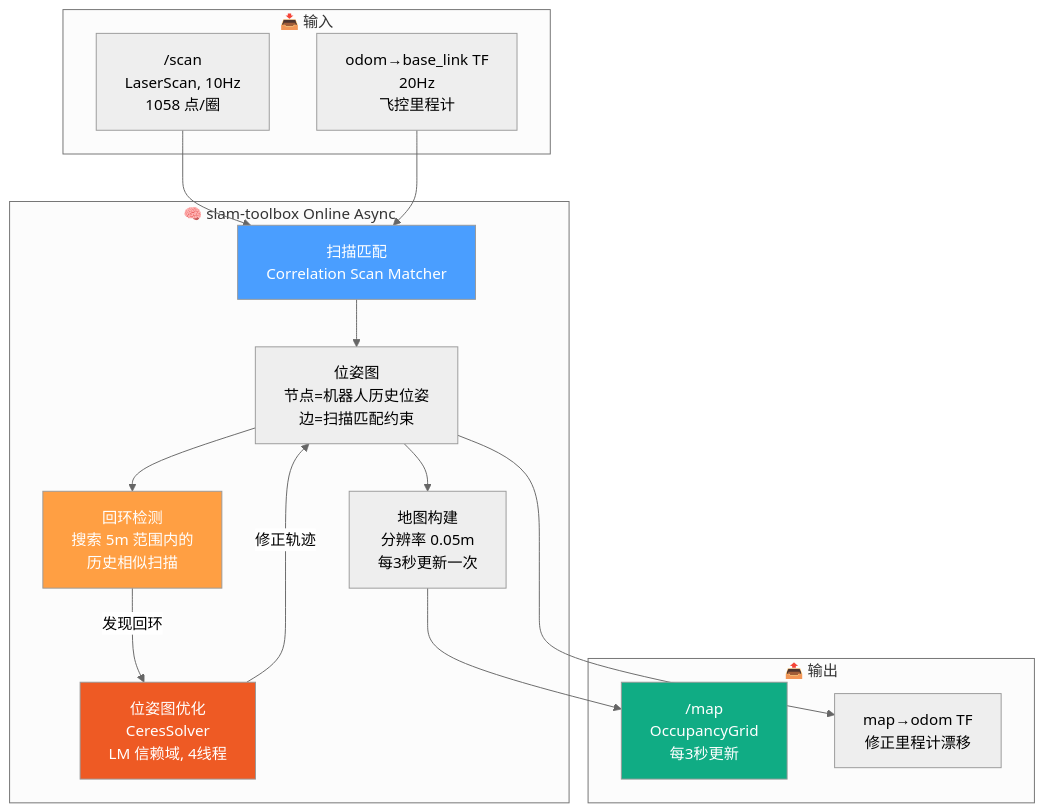
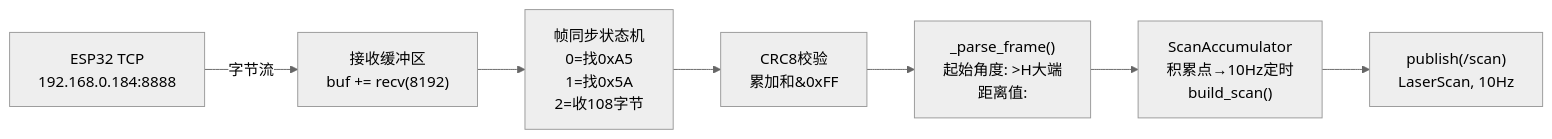
Before and after one commit to yangou-ylz/n10p_laser_ros2: diagram 16 of 25 in learn.md, drawn with Mermaid (neutral theme). The commit also changed other lines of this file and 32 other files, not shown here.

````diff
--- a/learn.md
+++ b/learn.md
@@ -2973,35 +1059,9 @@
 ```mermaid
-flowchart TB
-    subgraph INPUT["📥 输入"]
-        SCAN["/scan<br/>LaserScan, 10Hz<br/>1058 点/圈"]
-        ODOM_TF["odom→base_link TF<br/>20Hz<br/>飞控里程计"]
-    end
-
-    subgraph SLAM_CORE["🧠 slam-toolbox Online Async"]
-        MATCHER["扫描匹配<br/>Correlation Scan Matcher"]
-        POSE_GRAPH["位姿图<br/>节点=机器人历史位姿<br/>边=扫描匹配约束"]
-        LOOP["回环检测<br/>搜索 5m 范围内的<br/>历史相似扫描"]
-        OPTIM["位姿图优化<br/>CeresSolver<br/>LM 信赖域, 4线程"]
-        MAP_BUILDER["地图构建<br/>分辨率 0.05m<br/>每3秒更新一次"]
-    end
-
-    subgraph OUTPUT["📤 输出"]
-        MAP_TOPIC["/map<br/>OccupancyGrid<br/>每3秒更新"]
-        MAP_ODOM_TF["map→odom TF<br/>修正里程计漂移"]
-    end
-
-    SCAN --> MATCHER
-    ODOM_TF --> MATCHER
-    MATCHER --> POSE_GRAPH
-    POSE_GRAPH --> LOOP
-    LOOP -->|"发现回环"| OPTIM
-    OPTIM -->|"修正轨迹"| POSE_GRAPH
-    POSE_GRAPH --> MAP_BUILDER
-    MAP_BUILDER --> MAP_TOPIC
-    POSE_GRAPH --> MAP_ODOM_TF
-
-    style MATCHER fill:#4a9eff,color:#fff
-    style LOOP fill:#ff9f43,color:#fff
-    style OPTIM fill:#ee5a24,color:#fff
-    style MAP_TOPIC fill:#10ac84,color:#fff
+flowchart LR
+    TCP["ESP32 TCP<br/>192.168.0.184:8888"] -->|"字节流"| BUF["接收缓冲区<br/>buf += recv(8192)"]
+    BUF --> FSM["帧同步状态机<br/>0=找0xA5<br/>1=找0x5A<br/>2=收108字节"]
+    FSM --> CRC["CRC8校验<br/>累加和&0xFF"]
+    CRC --> PARSE["_parse_frame()<br/>起始角度: >H大端<br/>距离值: <H小端"]
+    PARSE --> ACC["ScanAccumulator<br/>积累点→10Hz定时<br/>build_scan()"]
+    ACC --> PUB["publish(/scan)<br/>LaserScan, 10Hz"]
 ```
````
